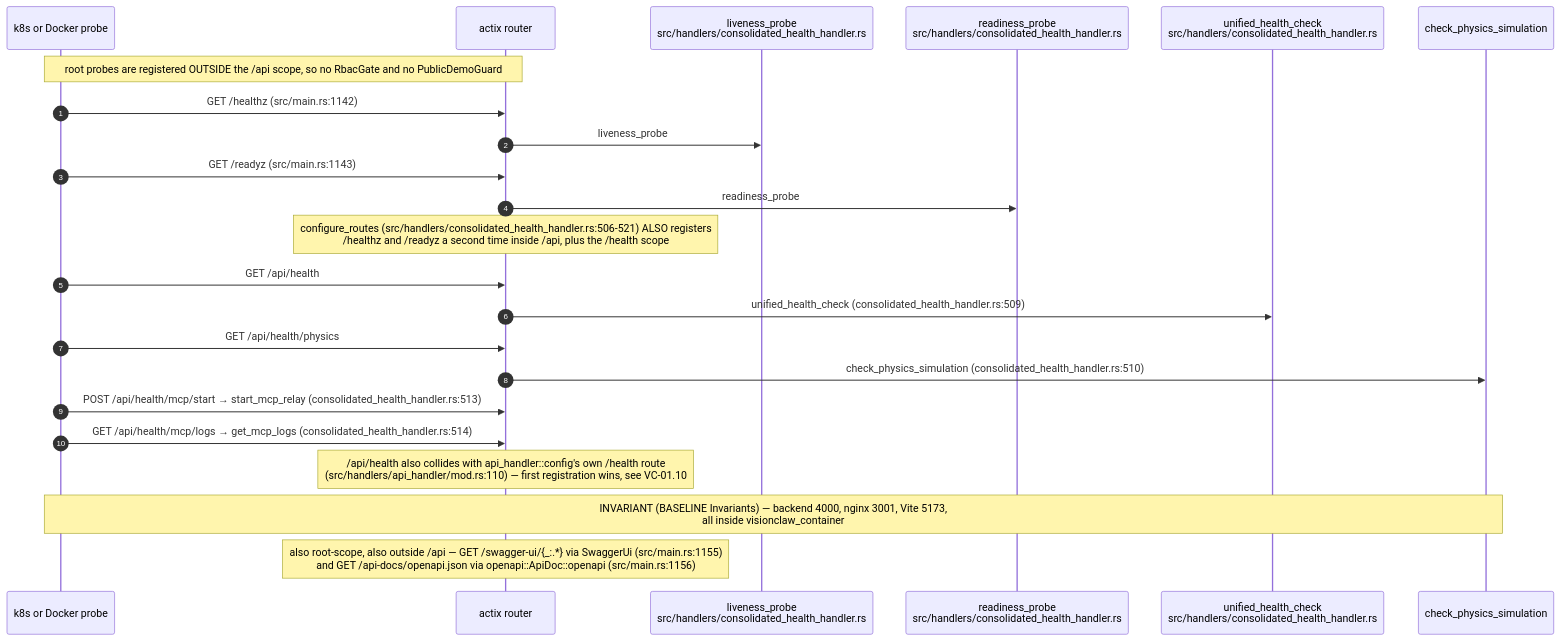
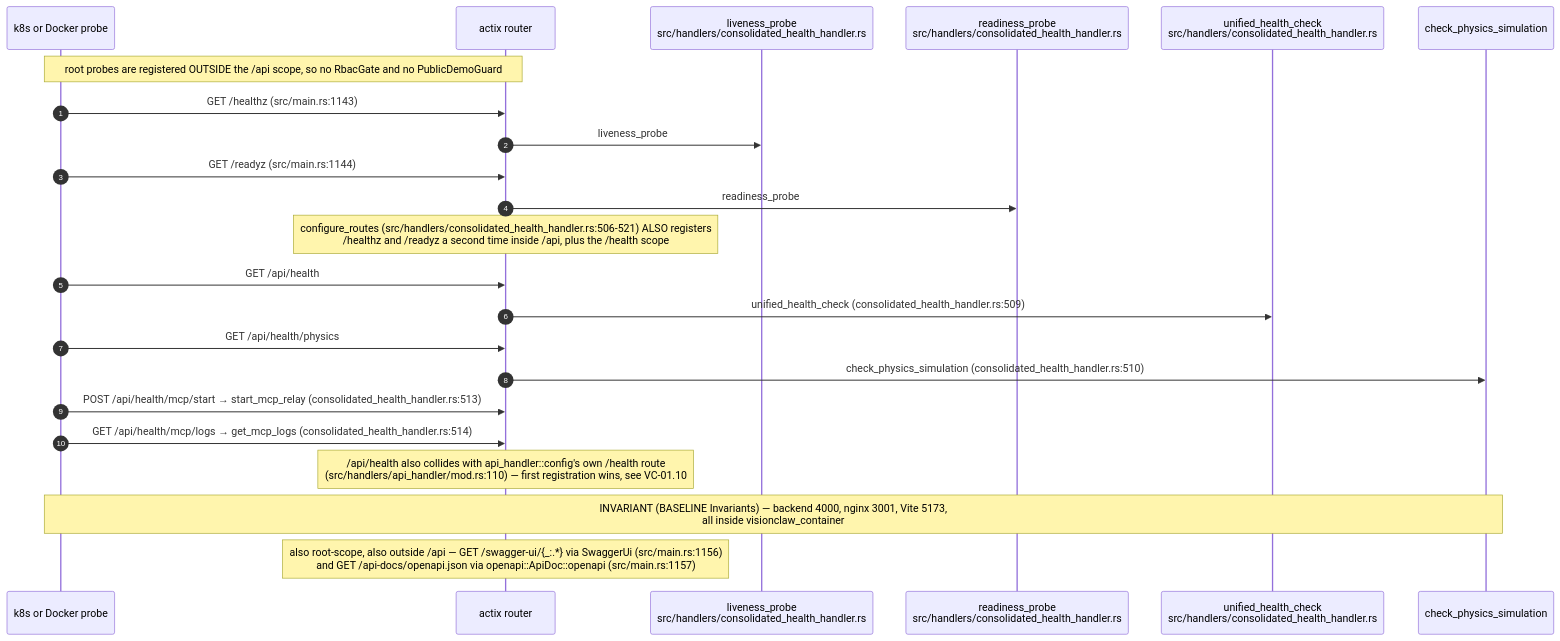
One commit to DreamLab-AI/VisionFlow changed the sixth of 13 diagrams in docs/diagrams/visionclaw/01-boot-and-app-state.md. Above: the diagram before and after it, drawn with Mermaid. The commit also changed other lines of this file and 49 other files, not shown here.

First line of the commit message:
docs(diagrams): re-derive and re-stamp VisionClaw, estate, knowledge-graph, visionGraph, VisionFlow and sidestr topics

````diff
--- a/docs/diagrams/visionclaw/01-boot-and-app-state.md
+++ b/docs/diagrams/visionclaw/01-boot-and-app-state.md
@@ -330,26 +330,26 @@
 ```mermaid
 sequenceDiagram
     autonumber
     participant K as k8s or Docker probe
     participant R as actix router
     participant L as liveness_probe<br/>src/handlers/consolidated_health_handler.rs
     participant D as readiness_probe<br/>src/handlers/consolidated_health_handler.rs
     participant U as unified_health_check<br/>src/handlers/consolidated_health_handler.rs
     participant P as check_physics_simulation
 
     Note over K,R: root probes are registered OUTSIDE the /api scope, so no RbacGate and no PublicDemoGuard
-    K->>R: GET /healthz (src/main.rs:1142)
+    K->>R: GET /healthz (src/main.rs:1143)
     R->>L: liveness_probe
-    K->>R: GET /readyz (src/main.rs:1143)
+    K->>R: GET /readyz (src/main.rs:1144)
     R->>D: readiness_probe
     Note over R: configure_routes (src/handlers/consolidated_health_handler.rs:506-521) ALSO registers<br/>/healthz and /readyz a second time inside /api, plus the /health scope
     K->>R: GET /api/health
     R->>U: unified_health_check (consolidated_health_handler.rs:509)
     K->>R: GET /api/health/physics
     R->>P: check_physics_simulation (consolidated_health_handler.rs:510)
     K->>R: POST /api/health/mcp/start → start_mcp_relay (consolidated_health_handler.rs:513)
     K->>R: GET /api/health/mcp/logs → get_mcp_logs (consolidated_health_handler.rs:514)
     Note over R: /api/health also collides with api_handler::config's own /health route<br/>(src/handlers/api_handler/mod.rs:110) — first registration wins, see VC-01.10
     Note over K,P: INVARIANT (BASELINE Invariants) — backend 4000, nginx 3001, Vite 5173,<br/>all inside visionclaw_container
-    Note over R: also root-scope, also outside /api — GET /swagger-ui/{_:.*} via SwaggerUi (src/main.rs:1155)<br/>and GET /api-docs/openapi.json via openapi::ApiDoc::openapi (src/main.rs:1156)
+    Note over R: also root-scope, also outside /api — GET /swagger-ui/{_:.*} via SwaggerUi (src/main.rs:1156)<br/>and GET /api-docs/openapi.json via openapi::ApiDoc::openapi (src/main.rs:1157)
 ```
````
